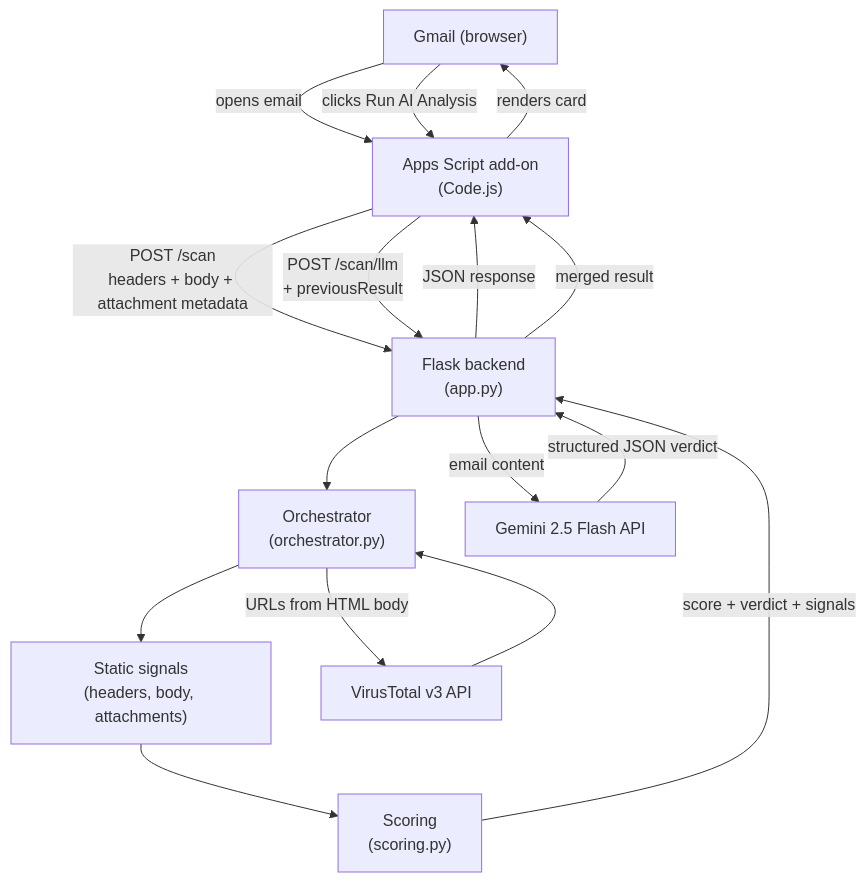
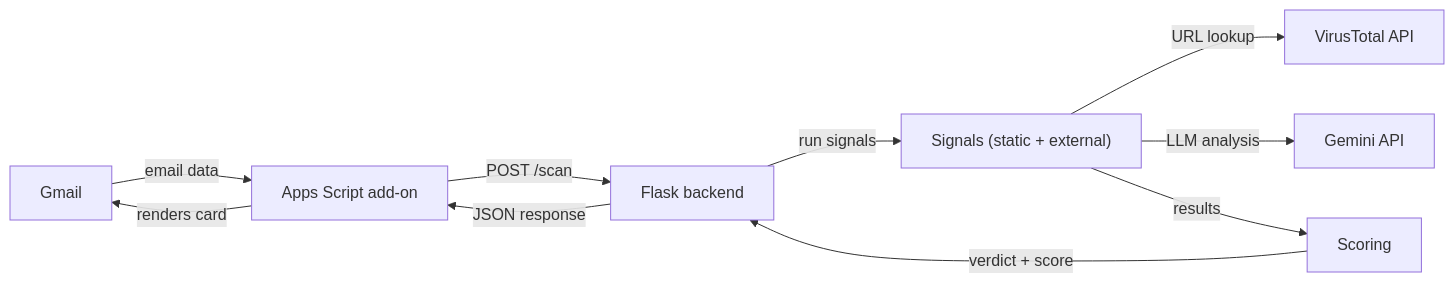
One commit to EdanZiv99/email-scanner changed the diagram in README.md. Above: the diagram before and after it, drawn with Mermaid. The commit also changed other lines of this file and 4 other files, not shown here.

````diff
--- a/README.md
+++ b/README.md
@@ -39,29 +39,12 @@
 ```mermaid
-flowchart TD
-    User["Gmail (browser)"]
-    Addon["Apps Script add-on\n(Code.js)"]
-    Flask["Flask backend\n(app.py)"]
-    Orchestrator["Orchestrator\n(orchestrator.py)"]
-    Scoring["Scoring\n(scoring.py)"]
-    StaticSignals["Static signals\n(headers, body, attachments)"]
-    VT["VirusTotal v3 API"]
-    Gemini["Gemini 2.5 Flash API"]
-
-    User -->|opens email| Addon
-    Addon -->|POST /scan\nheaders + body + attachment metadata| Flask
-    Flask --> Orchestrator
-    Orchestrator --> StaticSignals
-    Orchestrator -->|URLs from HTML body| VT
-    Scoring -->|score + verdict + signals| Flask
+flowchart LR
+    Gmail["Gmail"] -->|email data| Addon["Apps Script add-on"]
+    Addon -->|POST /scan| Flask["Flask backend"]
+    Flask -->|run signals| Signals["Signals (static + external)"]
+    Signals -->|URL lookup| VT["VirusTotal API"]
+    Signals -->|LLM analysis| Gemini["Gemini API"]
+    Signals -->|results| Scoring["Scoring"]
+    Scoring -->|verdict + score| Flask
     Flask -->|JSON response| Addon
-    Addon -->|renders card| User
-
-    User -->|clicks Run AI Analysis| Addon
-    Addon -->|POST /scan/llm\n+ previousResult| Flask
-    Flask -->|email content| Gemini
-    Gemini -->|structured JSON verdict| Flask
-    Flask -->|merged result| Addon
-
-    StaticSignals --> Scoring
-    VT --> Orchestrator
+    Addon -->|renders card| Gmail
 ```
````
